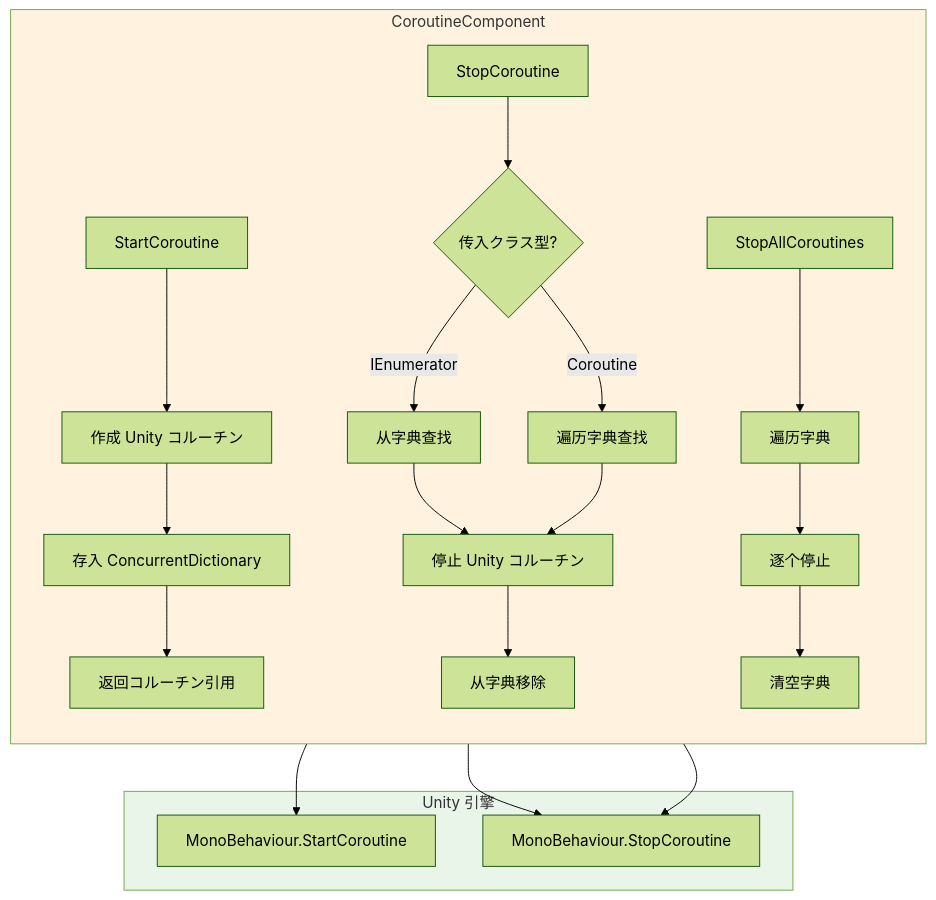
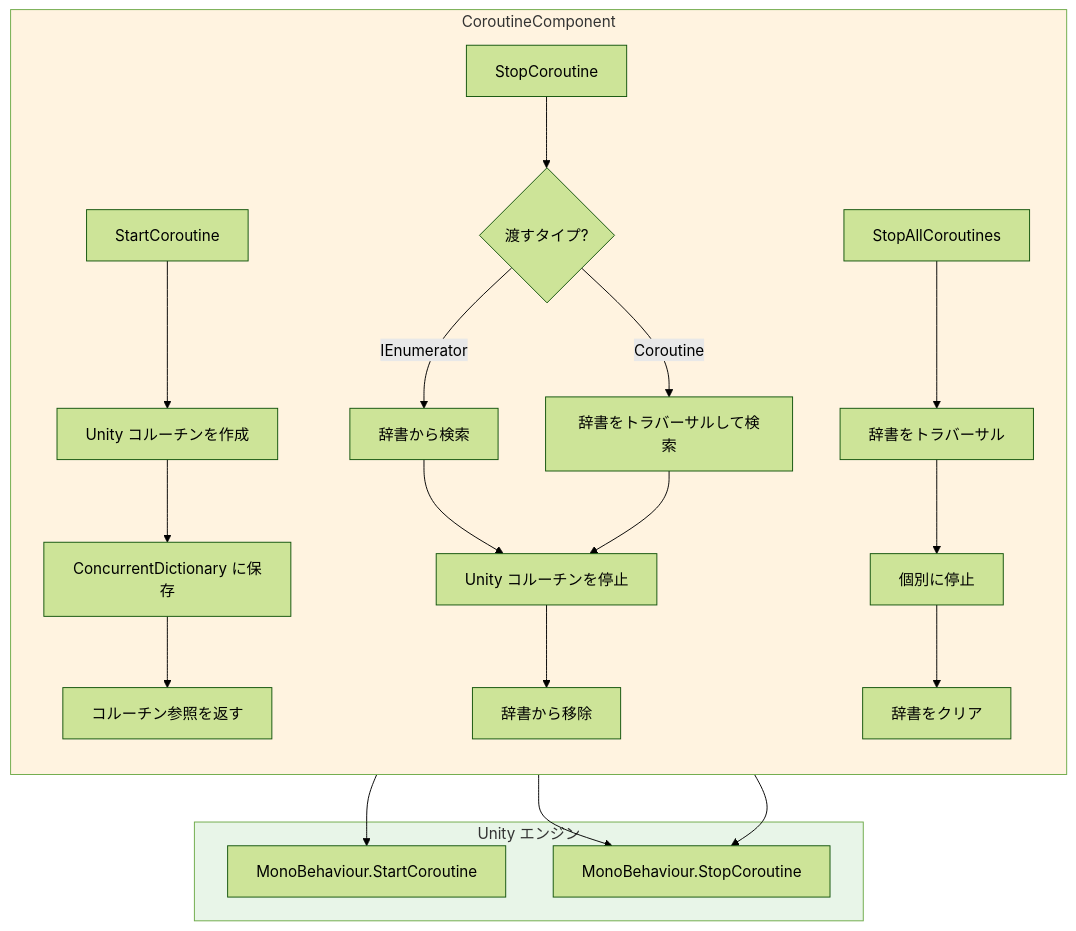
The second of 2 diagrams in docs/ja/client/unity/component/coroutine/05.usage.md (AlianBlank/GameFrameX.Docs), drawn with Mermaid (forest theme) before and after one commit. The commit also changed other lines of this file and 320 other files, not shown here.

````diff
--- a/docs/ja/client/unity/component/coroutine/05.usage.md
+++ b/docs/ja/client/unity/component/coroutine/05.usage.md
@@ -277,32 +277,32 @@
 ```mermaid
 flowchart TB
     subgraph CoroutineComponent["CoroutineComponent"]
         direction TB
-        A[StartCoroutine] --> B[作成 Unity コルーチン]
-        B --> C[存入 ConcurrentDictionary]
-        C --> D[返回コルーチン引用]
+        A[StartCoroutine] --> B[Unity コルーチンを作成]
+        B --> C[ConcurrentDictionary に保存]
+        C --> D[コルーチン参照を返す]
         
-        E[StopCoroutine] --> F{传入クラス型?}
-        F -->|IEnumerator| G[从字典查找]
-        F -->|Coroutine| H[遍历字典查找]
-        G --> I[停止 Unity コルーチン]
+        E[StopCoroutine] --> F{渡すタイプ?}
+        F -->|IEnumerator| G[辞書から検索]
+        F -->|Coroutine| H[辞書をトラバーサルして検索]
+        G --> I[Unity コルーチンを停止]
         H --> I
-        I --> J[从字典移除]
+        I --> J[辞書から移除]
         
-        K[StopAllCoroutines] --> L[遍历字典]
-        L --> M[逐个停止]
-        M --> N[清空字典]
+        K[StopAllCoroutines] --> L[辞書をトラバーサル]
+        L --> M[個別に停止]
+        M --> N[辞書をクリア]
     end
     
-    subgraph UnityEngine["Unity 引擎"]
+    subgraph UnityEngine["Unity エンジン"]
         P[MonoBehaviour.StartCoroutine]
         Q[MonoBehaviour.StopCoroutine]
     end
     
     D --> P
     I --> Q
     N --> Q
 
     style CoroutineComponent fill:#fff3e0
     style UnityEngine fill:#e8f5e8
 ```
````
